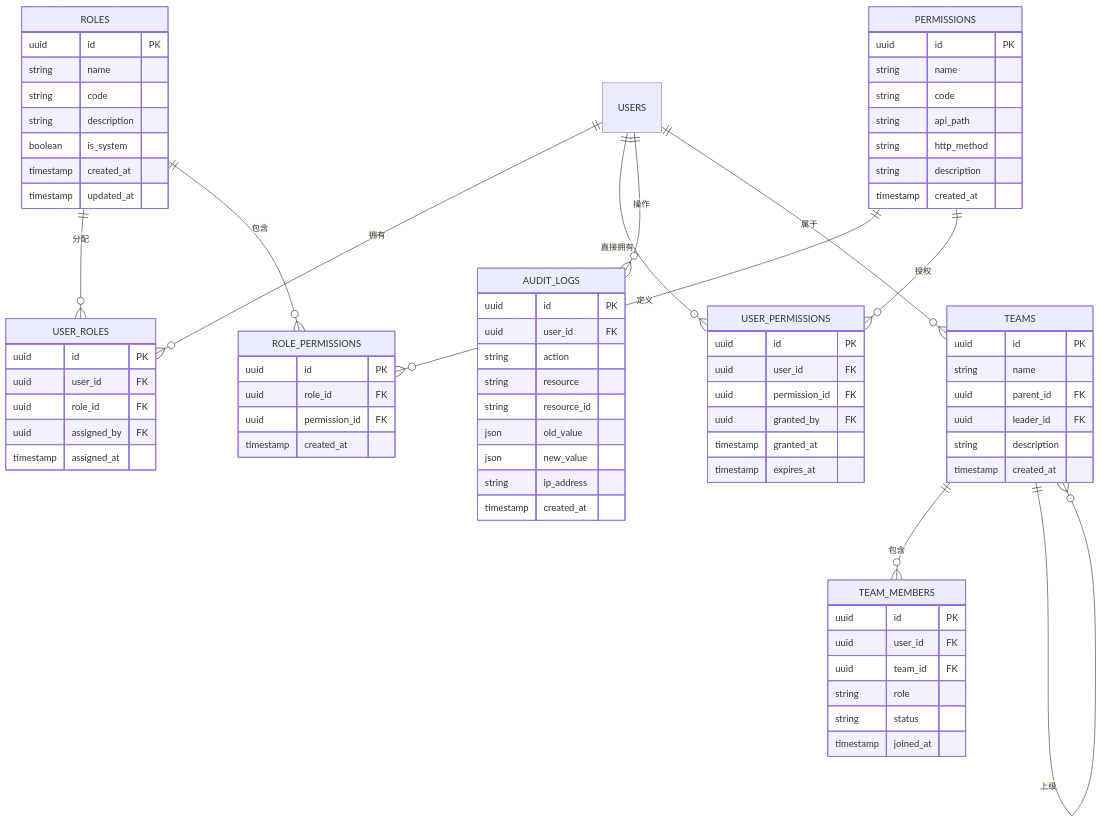
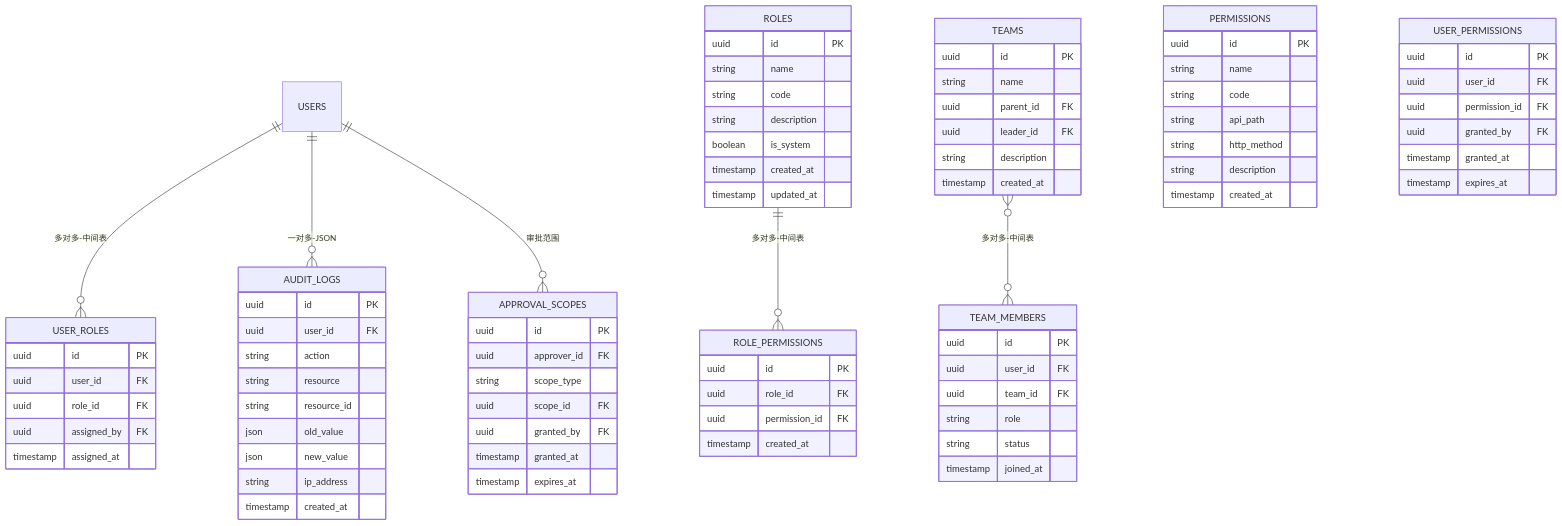
Before and after one commit to dayutech/Vuln-Audit-Lifecycle-Management: the seventh of 11 diagrams in docs/design/er_diagram.md, drawn with Mermaid. The commit also changed other lines of this file and 7 other files, not shown here.

````diff
--- a/docs/design/er_diagram.md
+++ b/docs/design/er_diagram.md
@@ -466,15 +467,10 @@
 ```mermaid
 erDiagram
-    USERS ||--o{ USER_ROLES : "拥有"
-    USERS ||--o{ USER_PERMISSIONS : "直接拥有"
-    ROLES ||--o{ USER_ROLES : "分配"
-    ROLES ||--o{ ROLE_PERMISSIONS : "包含"
-    PERMISSIONS ||--o{ ROLE_PERMISSIONS : "定义"
-    PERMISSIONS ||--o{ USER_PERMISSIONS : "授权"
-    USERS ||--o{ AUDIT_LOGS : "操作"
-    TEAMS ||--o{ TEAM_MEMBERS : "包含"
-    TEAMS ||--o{ TEAMS : "上级"
-    USERS ||--o{ TEAMS : "属于"
+    USERS ||--o{ USER_ROLES : "多对多-中间表"
+    ROLES ||--o{ ROLE_PERMISSIONS : "多对多-中间表"
+    TEAMS }o--o{ TEAM_MEMBERS : "多对多-中间表"
+    USERS ||--o{ AUDIT_LOGS : "一对多-JSON"
+    USERS ||--o{ APPROVAL_SCOPES : "审批范围"
     
     ROLES {
         uuid id PK
@@ -549,4 +545,14 @@
         string ip_address
         timestamp created_at
     }
+    
+    APPROVAL_SCOPES {
+        uuid id PK
+        uuid approver_id FK
+        string scope_type
+        uuid scope_id FK
+        uuid granted_by FK
+        timestamp granted_at
+        timestamp expires_at
+    }
 ```
````
